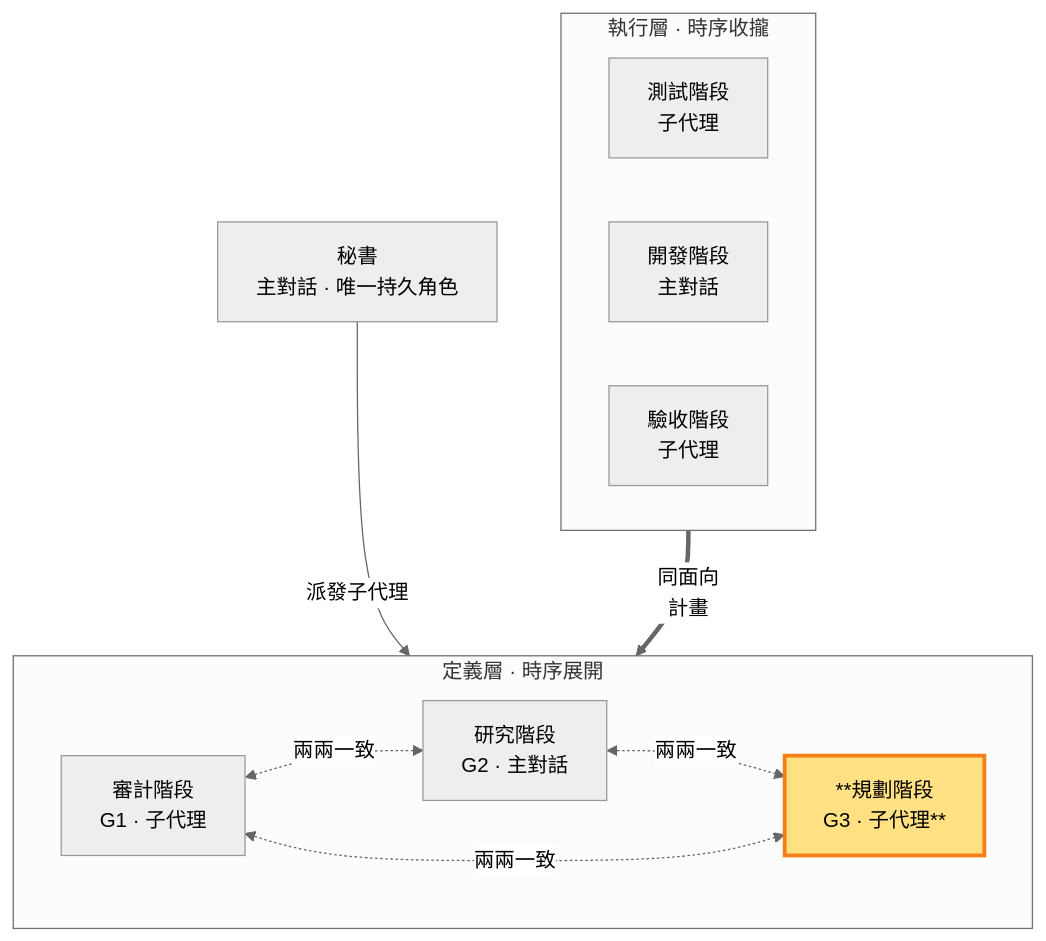
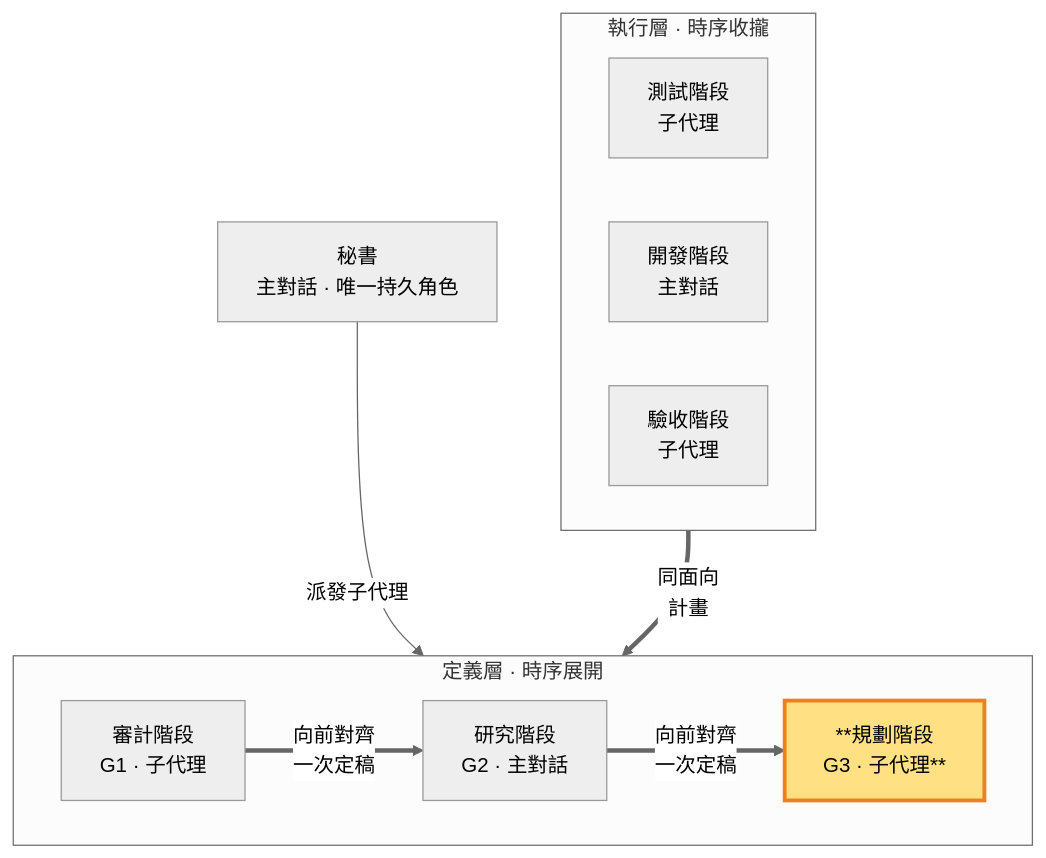
One commit to teps3105/shiftblame changed the diagram in skills/shiftblame/references/PLAN.md. Above: the diagram before and after it, drawn with Mermaid (neutral theme). The commit also changed other lines of this file and 15 other files, not shown here.

````diff
--- a/skills/shiftblame/references/PLAN.md
+++ b/skills/shiftblame/references/PLAN.md
@@ -16,22 +16,21 @@
 ```mermaid
 flowchart TB
     SEC[秘書<br/>主對話 · 唯一持久角色]
     subgraph Consult["定義層 · 時序展開"]
         direction LR
         AUD["審計階段<br/>G1 · 子代理"]
         RES["研究階段<br/>G2 · 主對話"]
         PLA["**規劃階段<br/>G3 · 子代理**"]:::thisrole
     end
     subgraph Build["執行層 · 時序收攏"]
         direction LR
         TST["測試階段<br/>子代理"]
         DEV["開發階段<br/>主對話"]
         ACC["驗收階段<br/>子代理"]
     end
     SEC -- 派發子代理 --> PLA
     TST == "同面向<br/>計畫" ==> PLA
-    AUD <-.兩兩一致.-> RES
-        RES <-.兩兩一致.-> PLA
-        PLA <-.兩兩一致.-> AUD
+    AUD == "向前對齊<br/>一次定稿" ==> RES
+    RES == "向前對齊<br/>一次定稿" ==> PLA
     classDef thisrole fill:#ffe082,stroke:#f57f17,stroke-width:3px;
 ```
````
